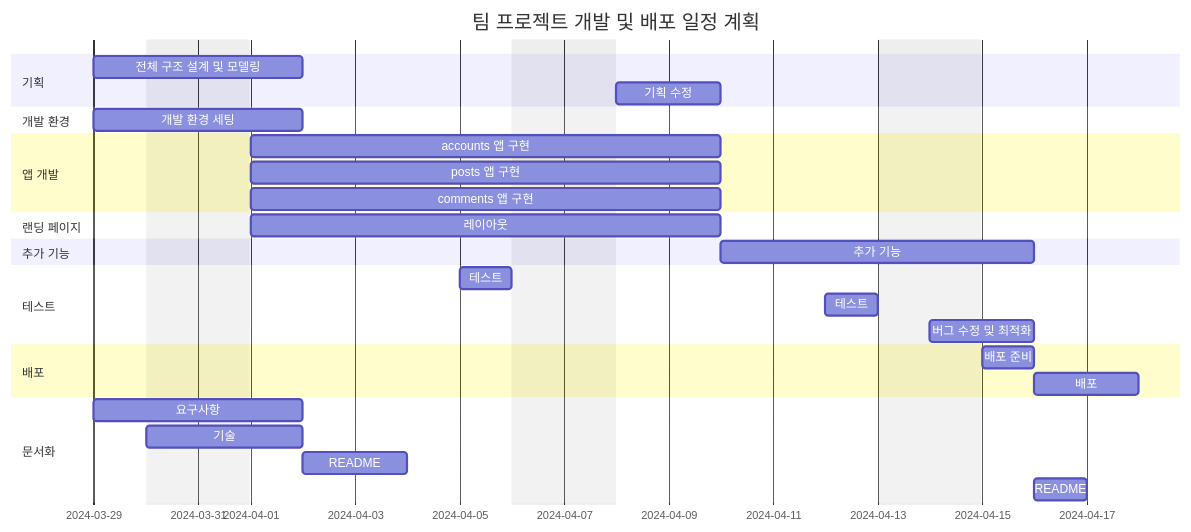
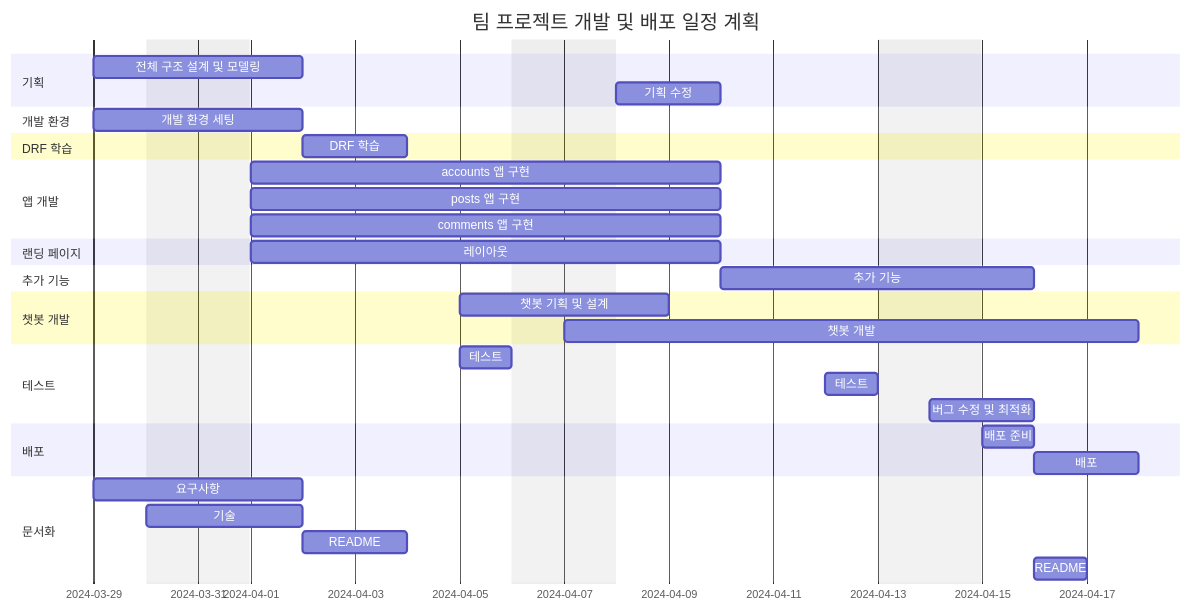
One commit to AI-Inventory-Forecasting-Team/ai-inventory-forecasting changed the second of 3 diagrams in README.md. Above: the diagram before and after it, drawn with Mermaid.

````diff
--- a/README.md
+++ b/README.md
@@ -331,39 +331,47 @@
 ```mermaid
 gantt
     dateFormat  YYYY-MM-DD
     title 팀 프로젝트 개발 및 배포 일정 계획
     excludes weekends
 
     section 기획
     전체 구조 설계 및 모델링 :des1, 2024-03-29, 2d
     기획 수정 : 2024-04-08, 2d
 
     section 개발 환경
     개발 환경 세팅 :set1, 2024-03-29, 2d
 
+    section DRF 학습
+    DRF 학습::des1, 2024-04-02, 2d
+
     section 앱 개발
     accounts 앱 구현 :acc1, 2024-04-01, 7d
     posts 앱 구현 :pos1, 2024-04-01, 7d
     comments 앱 구현 :com1, 2024-04-01, 7d
 
     section 랜딩 페이지
     레이아웃 :lan1, 2024-04-01, 7d
 
     section 추가 기능
     추가 기능 : 2024-04-10, 4d
+
+    section 챗봇 개발
+    챗봇 기획 및 설계 :chat1, 2024-04-05, 2d
+    챗봇 개발 :chat2, 2024-04-07, 9d
+    
 
     section 테스트
     테스트 : 2024-04-05, 1d
     테스트 : 2024-04-12, 1d
     버그 수정 및 최적화 : 2024-04-14, 2d
 
     section 배포
     배포 준비 :deploy1, 2024-04-15, 1d
     배포 :deploy2, after deploy1, 2d
     
     section 문서화
     요구사항 : 2024-03-29, 1.5d
     기술 : 2024-03-30, 2d
     README : 2024-04-02, 2d
     README : doc1, 2024-04-16, 1d
 ```
````
